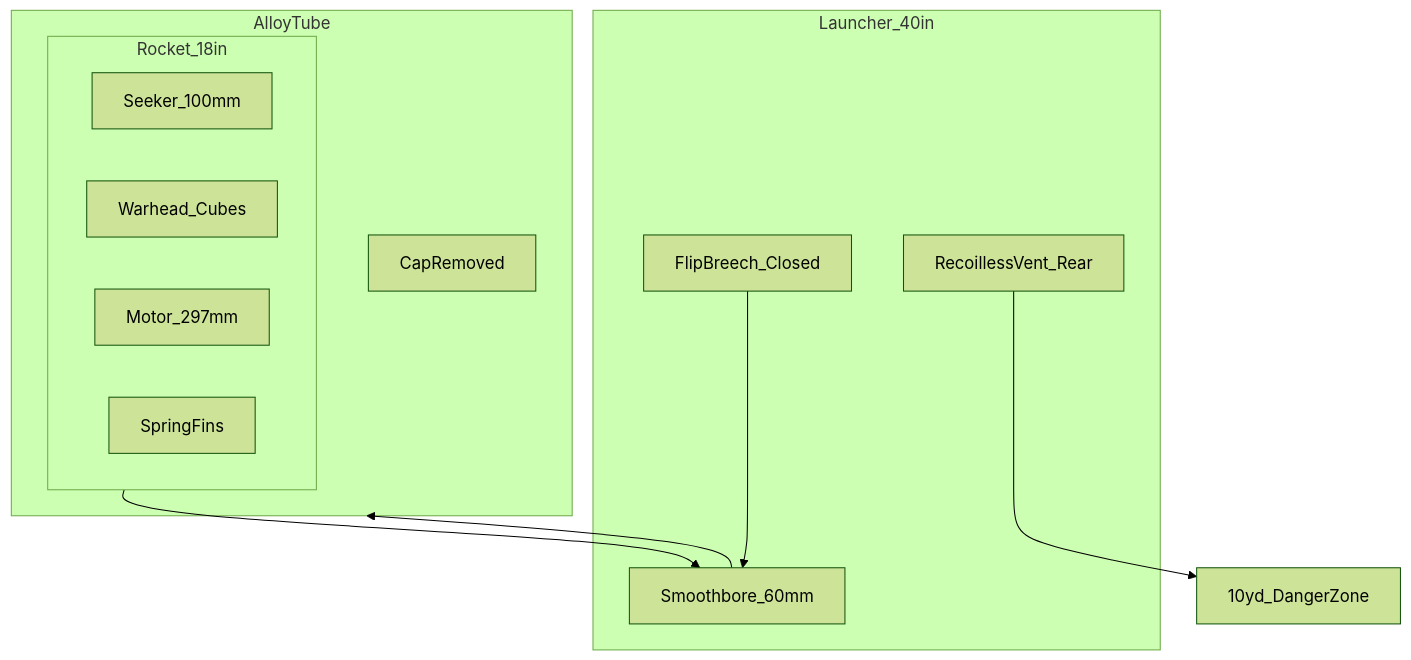
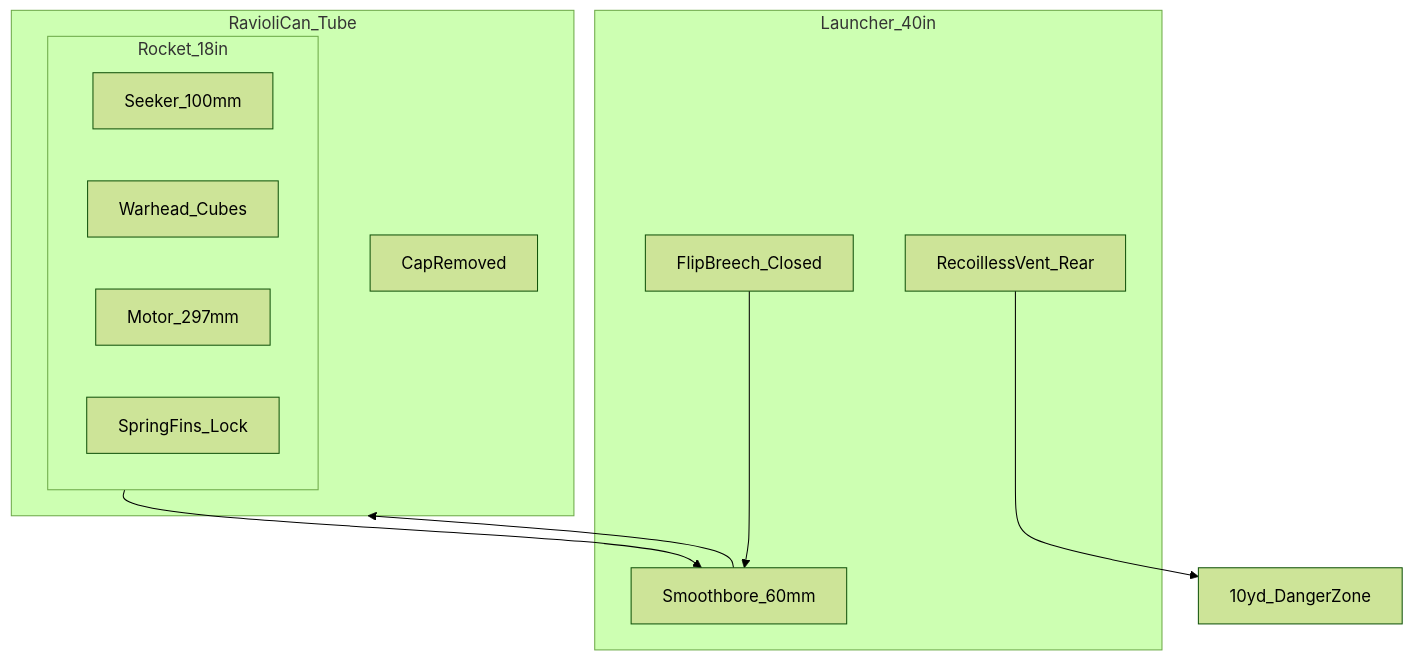
One commit to FratresMedAI/TKI-30-66 changed the second of 5 diagrams in docs/06-system-description.md. Above: the diagram before and after it, drawn with Mermaid (forest theme). The commit also changed other lines of this file and 14 other files, not shown here.

````diff
--- a/docs/06-system-description.md
+++ b/docs/06-system-description.md
@@ -47,21 +47,21 @@
 ```mermaid
 flowchart TB
   subgraph Launcher [Launcher_40in]
     Bore[Smoothbore_60mm]
     BreechBlock[FlipBreech_Closed]
     Vent[RecoillessVent_Rear]
   end
-  subgraph Tube [AlloyTube]
+  subgraph Tube [RavioliCan_Tube]
     CapOff[CapRemoved]
     subgraph Rocket [Rocket_18in]
       Seeker[Seeker_100mm]
       WH[Warhead_Cubes]
       Motor[Motor_297mm]
-      Fins[SpringFins]
+      Fins[SpringFins_Lock]
     end
   end
   BreechBlock --> Bore
   Bore --> Tube
   Rocket --> Bore
   Vent --> VentNote[10yd_DangerZone]
 ```
````
